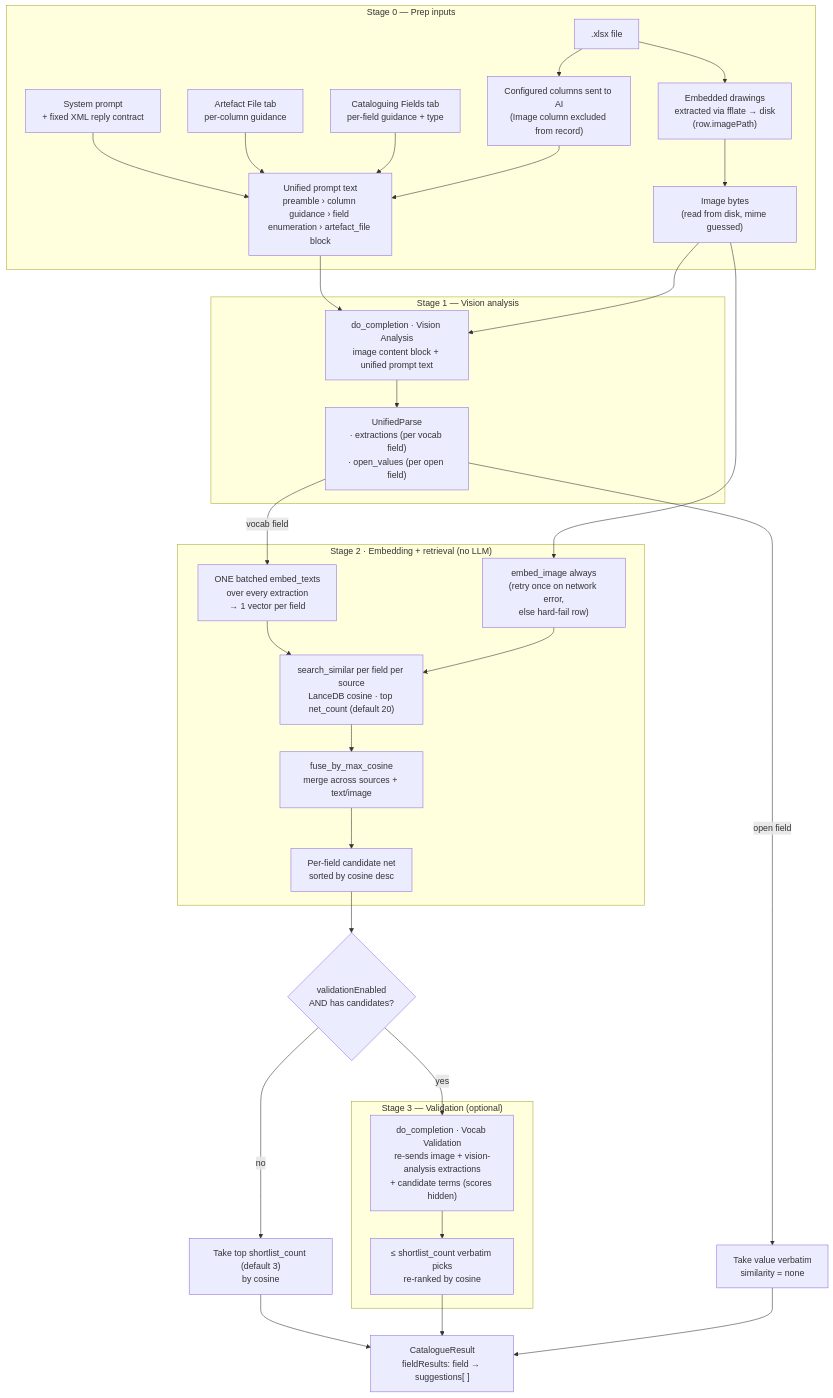
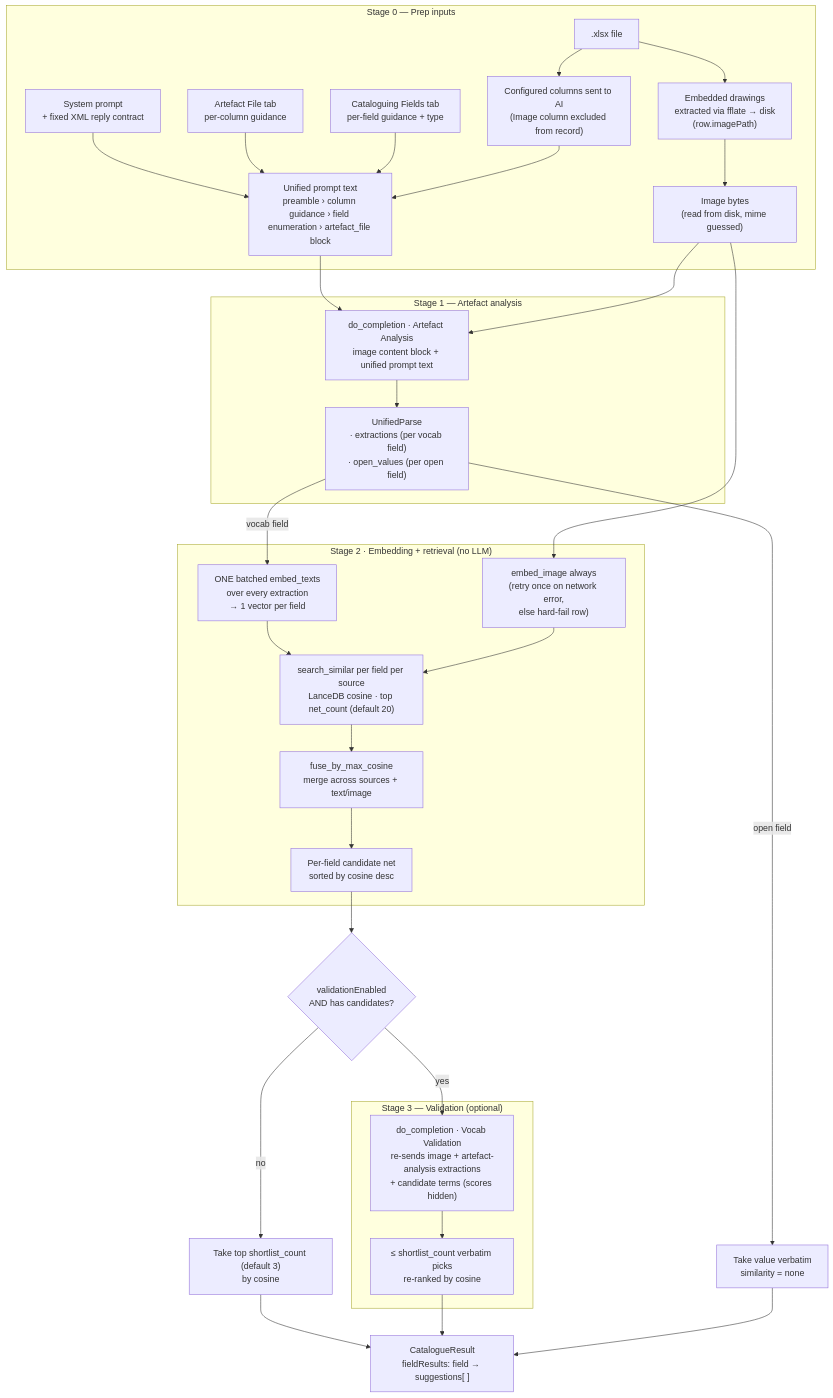
Before and after one commit to reverie89/artefact-cataloguer: the second of 2 diagrams in README.md, drawn with Mermaid. The commit also changed other lines of this file and 27 other files, not shown here.

First line of the commit message:
refactor: rename the vision analysis stage to artefact analysis

````diff
--- a/README.md
+++ b/README.md
@@ -257,49 +257,49 @@
 ```mermaid
 flowchart TD
     subgraph PREP["Stage 0 — Prep inputs"]
         XLSX[".xlsx file"]
         XLSX --> IMG["Embedded drawings<br/>extracted via fflate → disk<br/>(row.imagePath)"]
         XLSX --> COLS["Configured columns sent to AI<br/>(Image column excluded from record)"]
         SP["System prompt<br/>+ fixed XML reply contract"]
         AF["Artefact File tab<br/>per-column guidance"]
         CF["Cataloguing Fields tab<br/>per-field guidance + type"]
         SP --> PROMPT
         AF --> PROMPT
         CF --> PROMPT
         COLS --> PROMPT["Unified prompt text<br/>preamble › column guidance › field enumeration › artefact_file block"]
         IMG --> IMGDATA["Image bytes<br/>(read from disk, mime guessed)"]
     end
 
     PROMPT --> VISION
     IMGDATA --> VISION
-    subgraph S1["Stage 1 — Vision analysis"]
-        VISION["do_completion · Vision Analysis<br/>image content block + unified prompt text"]
+    subgraph S1["Stage 1 — Artefact analysis"]
+        VISION["do_completion · Artefact Analysis<br/>image content block + unified prompt text"]
         VISION --> UP["UnifiedParse<br/>· extractions (per vocab field)<br/>· open_values (per open field)"]
     end
 
     UP -->|"open field"| OPENRES["Take value verbatim<br/>similarity = none"]
     UP -->|"vocab field"| EMB
 
     subgraph S2["Stage 2 · Embedding + retrieval (no LLM)"]
         EMB["ONE batched embed_texts<br/>over every extraction<br/>→ 1 vector per field"]
         IMGDATA --> IMGEMB["embed_image always<br/>(retry once on network error,<br/>else hard-fail row)"]
         EMB --> SEARCH
         IMGEMB --> SEARCH
         SEARCH["search_similar per field per source<br/>LanceDB cosine · top net_count (default 20)"]
         SEARCH --> FUSE["fuse_by_max_cosine<br/>merge across sources + text/image"]
         FUSE --> NET["Per-field candidate net<br/>sorted by cosine desc"]
     end
 
     NET --> VALDEC{"validationEnabled<br/>AND has candidates?"}
     VALDEC -->|"no"| DIRECT["Take top shortlist_count (default 3)<br/>by cosine"]
     VALDEC -->|"yes"| VALIDATE
     subgraph S3["Stage 3 — Validation (optional)"]
-        VALIDATE["do_completion · Vocab Validation<br/>re-sends image + vision-analysis extractions<br/>+ candidate terms (scores hidden)"]
+        VALIDATE["do_completion · Vocab Validation<br/>re-sends image + artefact-analysis extractions<br/>+ candidate terms (scores hidden)"]
         VALIDATE --> PICKS["≤ shortlist_count verbatim picks<br/>re-ranked by cosine"]
     end
 
     DIRECT --> RESULT
     PICKS --> RESULT
     OPENRES --> RESULT
     RESULT["CatalogueResult<br/>fieldResults: field → suggestions[ ]"]
 ```
````
